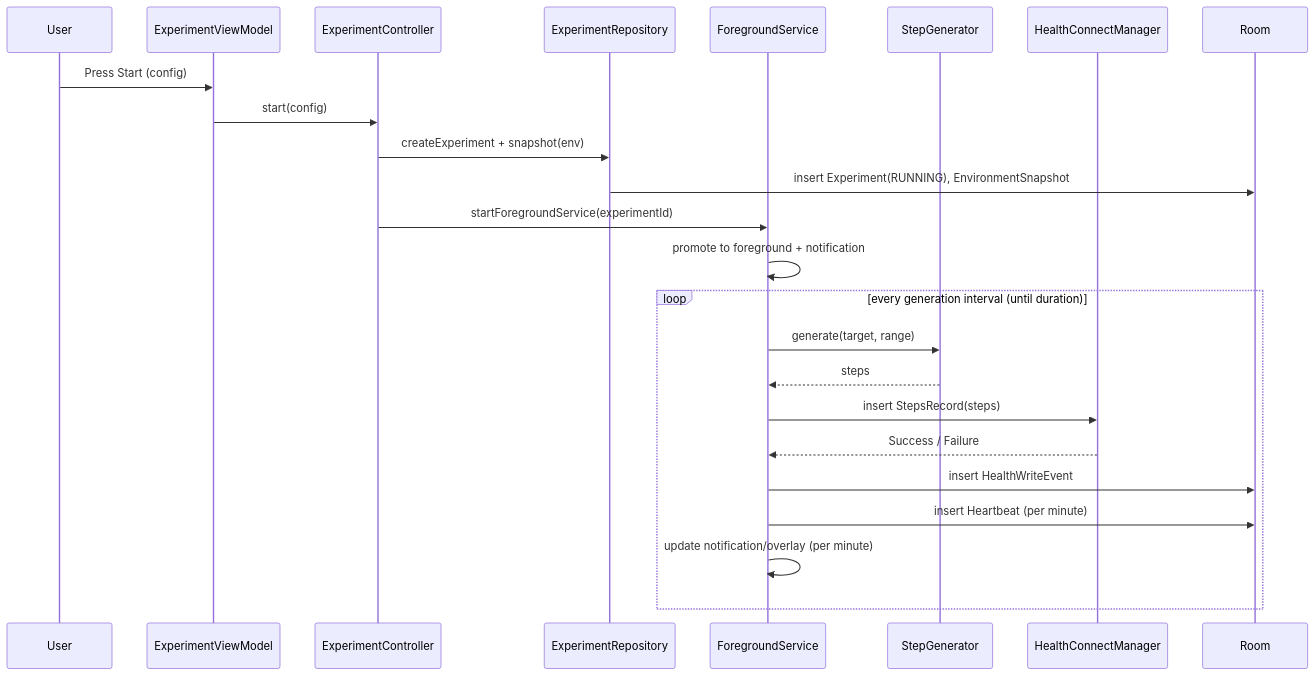
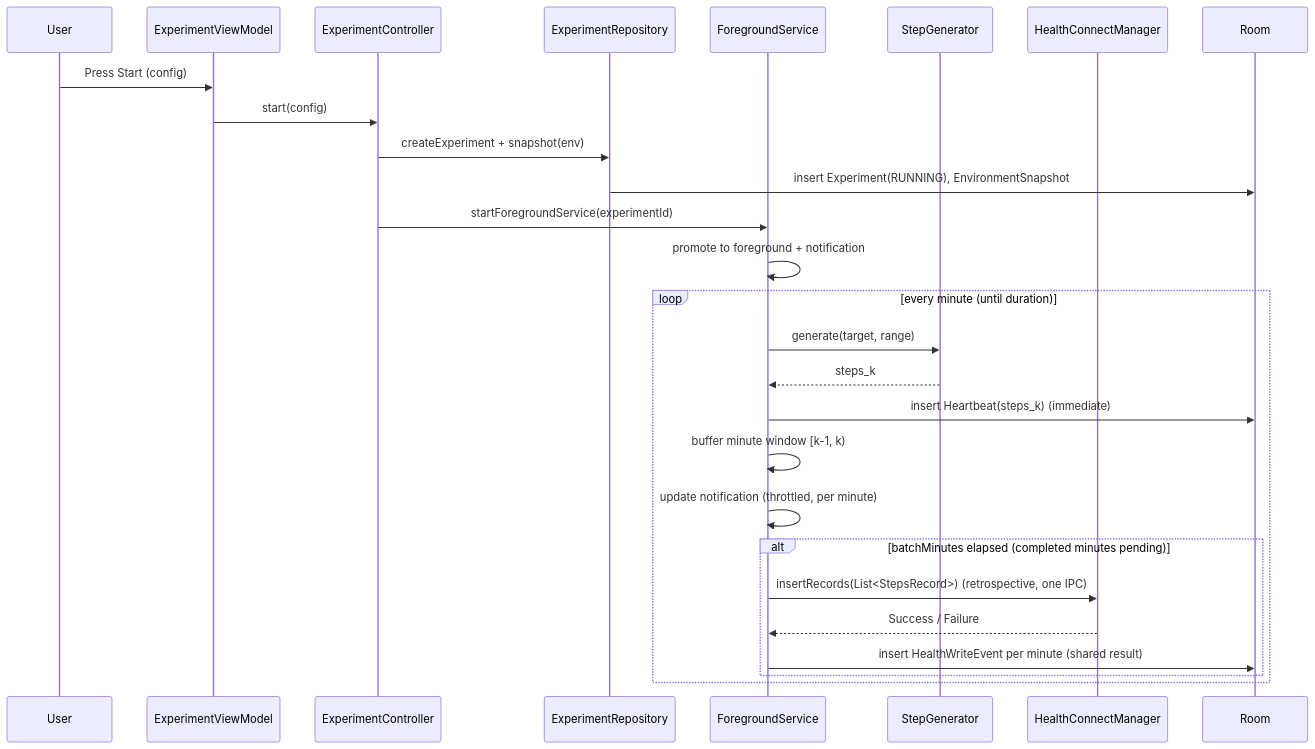
Before and after one commit to Pixson-Lin/AutoFit: the second of 4 diagrams in docs/SDS.md, drawn with Mermaid. The commit also changed other lines of this file and 25 other files, not shown here.

````diff
--- a/docs/SDS.md
+++ b/docs/SDS.md
@@ -218,27 +219,30 @@
 ```mermaid
 sequenceDiagram
     participant U as User
     participant VM as ExperimentViewModel
     participant C as ExperimentController
     participant R as ExperimentRepository
     participant S as ForegroundService
     participant G as StepGenerator
     participant HC as HealthConnectManager
     participant DB as Room
 
     U->>VM: Press Start (config)
     VM->>C: start(config)
     C->>R: createExperiment + snapshot(env)
     R->>DB: insert Experiment(RUNNING), EnvironmentSnapshot
     C->>S: startForegroundService(experimentId)
     S->>S: promote to foreground + notification
-    loop every generation interval (until duration)
+    loop every minute (until duration)
         S->>G: generate(target, range)
-        G-->>S: steps
-        S->>HC: insert StepsRecord(steps)
-        HC-->>S: Success / Failure
-        S->>DB: insert HealthWriteEvent
-        S->>DB: insert Heartbeat (per minute)
-        S->>S: update notification/overlay (per minute)
+        G-->>S: steps_k
+        S->>DB: insert Heartbeat(steps_k)              (immediate)
+        S->>S: buffer minute window [k-1, k)
+        S->>S: update notification (throttled, per minute)
+        alt batchMinutes elapsed (completed minutes pending)
+            S->>HC: insertRecords(List<StepsRecord>)   (retrospective, one IPC)
+            HC-->>S: Success / Failure
+            S->>DB: insert HealthWriteEvent per minute (shared result)
+        end
     end
 ```
````
